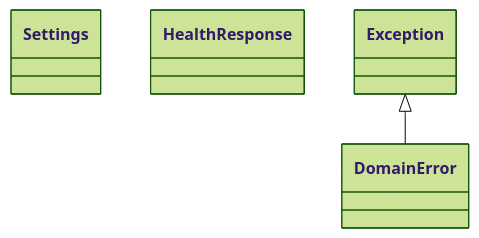
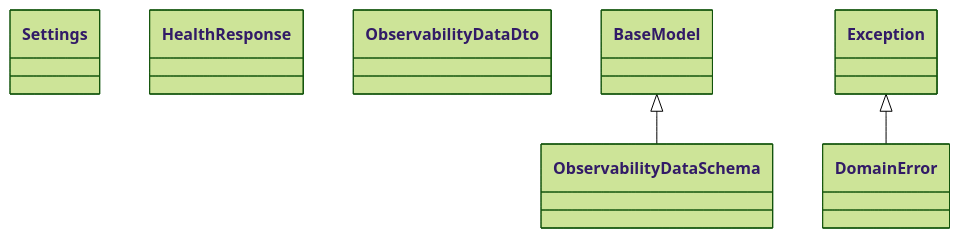
The diagram in backend/ingestion-api/docs/classes.md (josemaria-toro/deepsight), drawn with Mermaid (forest theme) before and after one commit. The commit also changed other lines of this file and 35 other files, not shown here.

First line of the commit message:
Base data for observability ingestion (#13)

````diff
--- a/backend/ingestion-api/docs/classes.md
+++ b/backend/ingestion-api/docs/classes.md
@@ -5,7 +5,11 @@
 ```mermaid
 classDiagram
     class Settings
     class DomainError
     class HealthResponse
+    class ObservabilityDataDto
+    class ObservabilityDataSchema
+    class BaseModel
+    BaseModel <|-- ObservabilityDataSchema
     Exception <|-- DomainError
 ```
````
